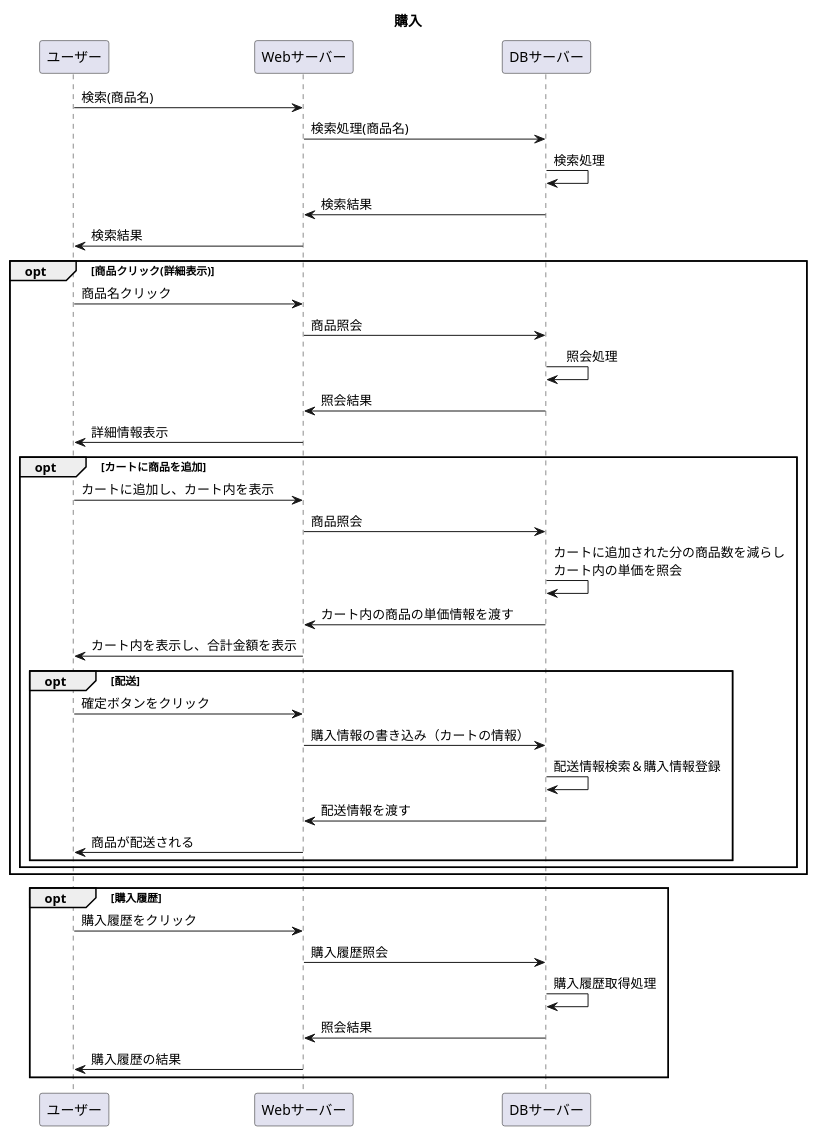
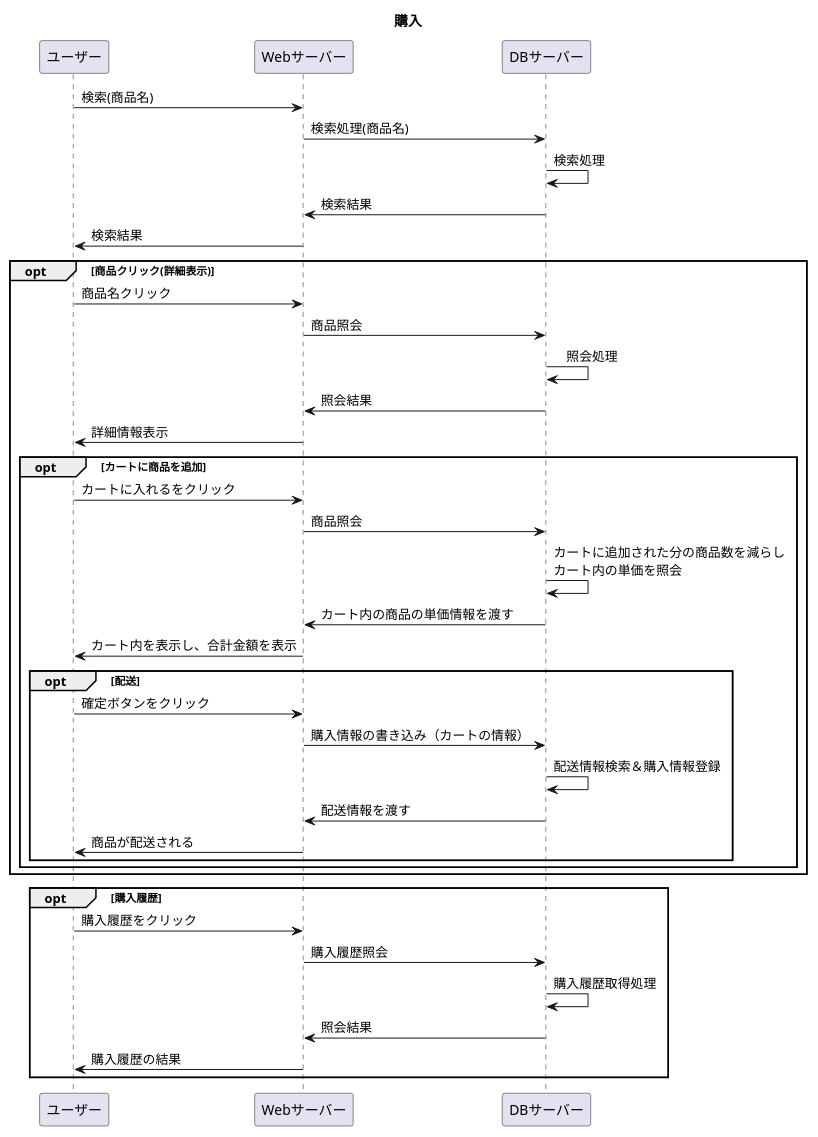
The diagram in 設計書/02_業務フロー/business-flow.md (Aso2001227/Aso-Sports-1), drawn with PlantUML before and after one commit.

`````diff
--- a/設計書/02_業務フロー/business-flow.md
+++ b/設計書/02_業務フロー/business-flow.md
@@ -1,43 +1,43 @@
 ```uml
 @startuml
     title: 購入
     ユーザー -> Webサーバー : 検索(商品名)
     Webサーバー -> DBサーバー : 検索処理(商品名)
     DBサーバー -> DBサーバー : 検索処理
     DBサーバー -> Webサーバー : 検索結果
     Webサーバー -> ユーザー : 検索結果
     opt 商品クリック(詳細表示)
       ユーザー -> Webサーバー : 商品名クリック
       Webサーバー -> DBサーバー : 商品照会
       DBサーバー -> DBサーバー : 　照会処理
       DBサーバー -> Webサーバー : 照会結果
       Webサーバー -> ユーザー : 詳細情報表示
         opt カートに商品を追加
-          ユーザー -> Webサーバー : カートに追加し、カート内を表示
+          ユーザー -> Webサーバー : カートに入れるをクリック
           Webサーバー -> DBサーバー : 商品照会
           DBサーバー -> DBサーバー : カートに追加された分の商品数を減らし\nカート内の単価を照会
           DBサーバー -> Webサーバー :カート内の商品の単価情報を渡す
           Webサーバー -> ユーザー:カート内を表示し、合計金額を表示
           opt 配送
             ユーザー -> Webサーバー : 確定ボタンをクリック
             Webサーバー -> DBサーバー :購入情報の書き込み（カートの情報）
             DBサーバー -> DBサーバー : 配送情報検索＆購入情報登録
             DBサーバー -> Webサーバー :配送情報を渡す
             Webサーバー -> ユーザー:商品が配送される
         end
       end
 end
 opt 購入履歴
 ユーザー ->Webサーバー :購入履歴をクリック
 Webサーバー -> DBサーバー :購入履歴照会
 DBサーバー -> DBサーバー : 購入履歴取得処理
 DBサーバー -> Webサーバー :照会結果
 Webサーバー -> ユーザー :購入履歴の結果
 end
 
 
 
 
 
 @enduml
 ````
`````
